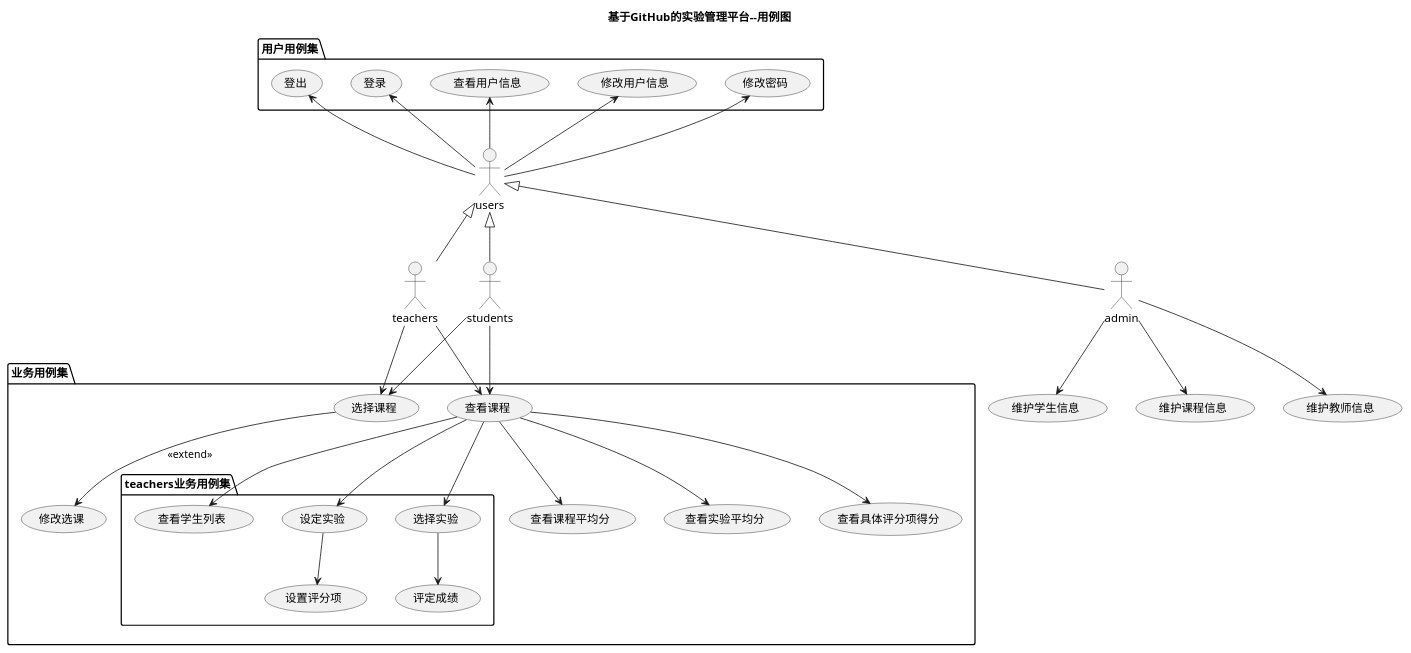
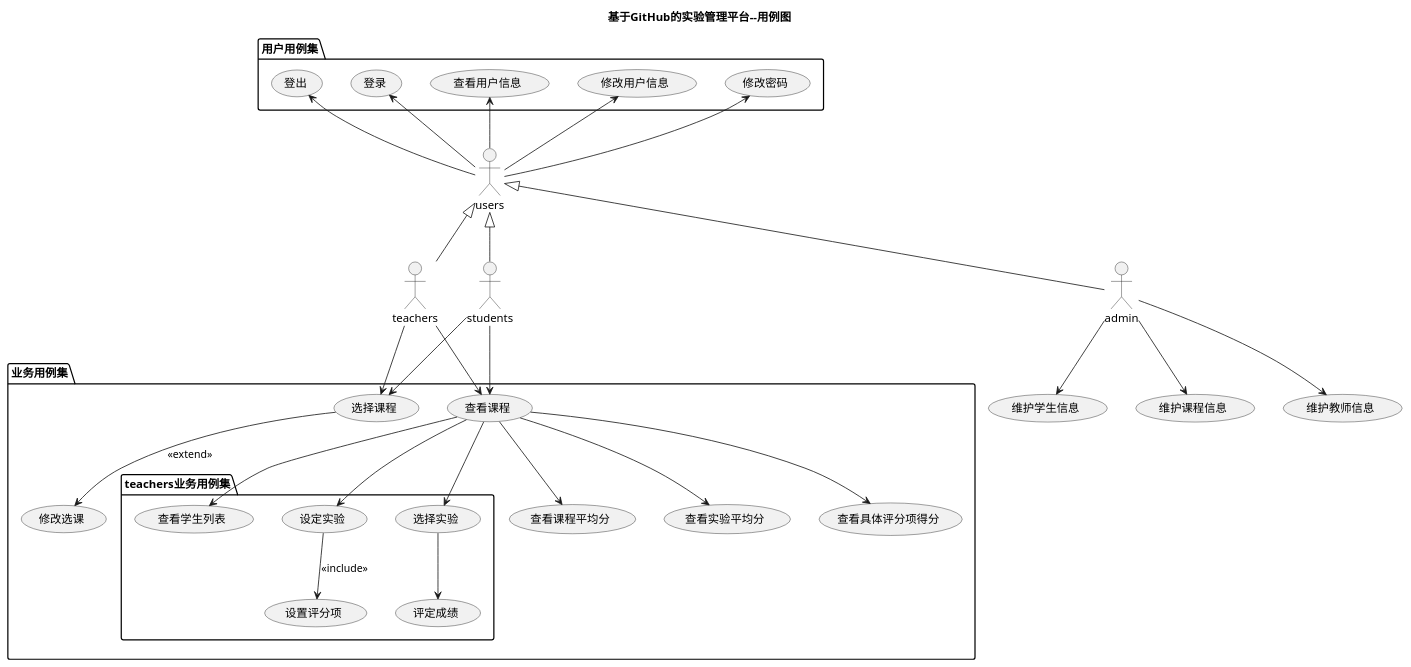
One commit to mzy1997/is_analysis changed the diagram in test6/src/UserCase.puml. Above: the diagram before and after it, drawn with PlantUML. The commit also changed 4 other files, not shown here.

```diff
--- a/test6/src/UserCase.puml
+++ b/test6/src/UserCase.puml
@@ -1,40 +1,40 @@
 @startuml
 title 基于GitHub的实验管理平台--用例图
 actor users
 actor teachers
 actor students
 actor admin
 users <|-- teachers
 users <|-- students
 users <|-- admin
 package 用户用例集{
 users -up-> (修改密码)
 users -up-> (修改用户信息)
 users -up-> (查看用户信息)
 users -up-> (登录)
 users -up-> (登出)
 }
 package 业务用例集{
 teachers --> (选择课程)
 students --> (选择课程)
 (选择课程) -down-> (修改选课):<<extend>>
 teachers -down-> (查看课程)
 package teachers业务用例集{
 (查看课程) -down-> (设定实验)
-(设定实验) -down-> (设置评分项)
+(设定实验) -down-> (设置评分项):<<include>>
 (查看课程)-down-> (选择实验)
 (选择实验) --> (评定成绩)
 (查看课程) -down-> (查看学生列表)
 }
 
 students -down-> (查看课程)
 (查看课程) --> (查看课程平均分)
 (查看课程) --> (查看实验平均分)
 (查看课程) --> (查看具体评分项得分)
 
 }
 
 admin --> (维护课程信息)
 admin --> (维护教师信息)
 admin --> (维护学生信息)
 @enduml
```
